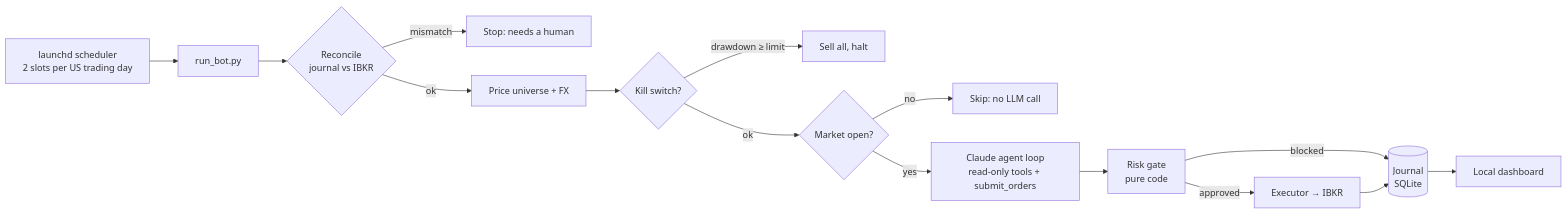
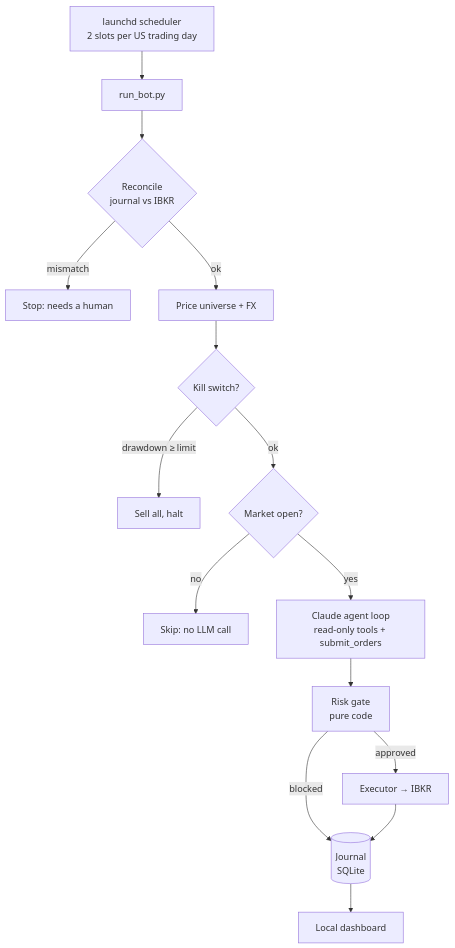
The first of 2 diagrams in README.md (saifulislamamiyo/guardrail-trader), drawn with Mermaid before and after one commit. The commit also changed 1 other file, not shown here.

Commit message:
Docs: top-down run flowchart so labels render at full size (#13)
The left-to-right chart was scaled down to fit the content column, making labels tiny.

Claude-Session: https://claude.ai/code/session_01F8YfjdmQAYEERD4SMpazkP

````diff
--- a/README.md
+++ b/README.md
@@ -19,17 +19,17 @@
 ```mermaid
-flowchart LR
+flowchart TD
     S[launchd scheduler<br/>2 slots per US trading day] --> R[run_bot.py]
     R --> REC{Reconcile<br/>journal vs IBKR}
     REC -- mismatch --> STOP1[Stop: needs a human]
     REC -- ok --> P[Price universe + FX]
     P --> KS{Kill switch?}
     KS -- drawdown ≥ limit --> LIQ[Sell all, halt]
     KS -- ok --> MO{Market open?}
     MO -- no --> SKIP[Skip: no LLM call]
     MO -- yes --> AG[Claude agent loop<br/>read-only tools + submit_orders]
     AG --> G[Risk gate<br/>pure code]
     G -- approved --> EX[Executor → IBKR]
     G -- blocked --> J
     EX --> J[(Journal<br/>SQLite)]
     J --> D[Local dashboard]
 ```
````
